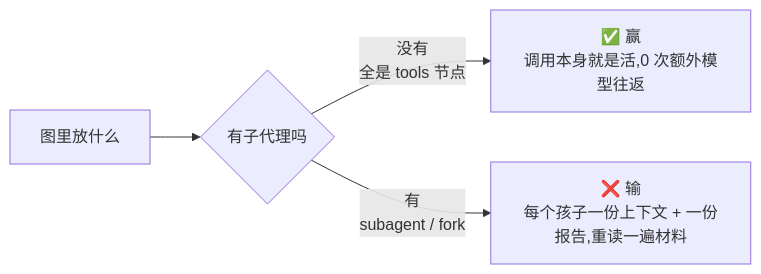
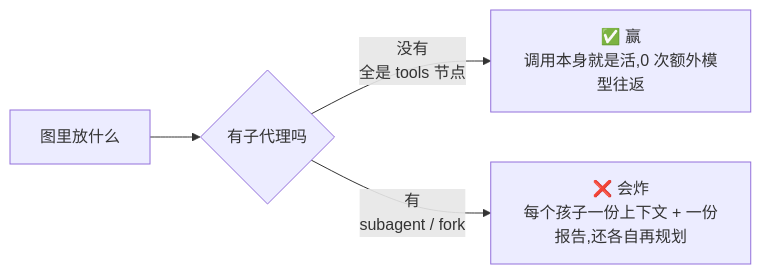
One commit to zyn19940107/dsh-conductor changed the fourth of 4 diagrams in README.md. Above: the diagram before and after it, drawn with Mermaid. The commit also changed other lines of this file and 11 other files, not shown here.

````diff
--- a/README.md
+++ b/README.md
@@ -116,6 +132,6 @@
 ```mermaid
 flowchart LR
     A["图里放什么"] --> B{"有子代理吗"}
     B -->|"没有<br/>全是 tools 节点"| C["✅ 赢<br/>调用本身就是活,0 次额外模型往返"]
-    B -->|"有<br/>subagent / fork"| D["❌ 输<br/>每个孩子一份上下文 + 一份报告,重读一遍材料"]
+    B -->|"有<br/>subagent / fork"| D["❌ 会炸<br/>每个孩子一份上下文 + 一份报告,还各自再规划"]
 ```
````
